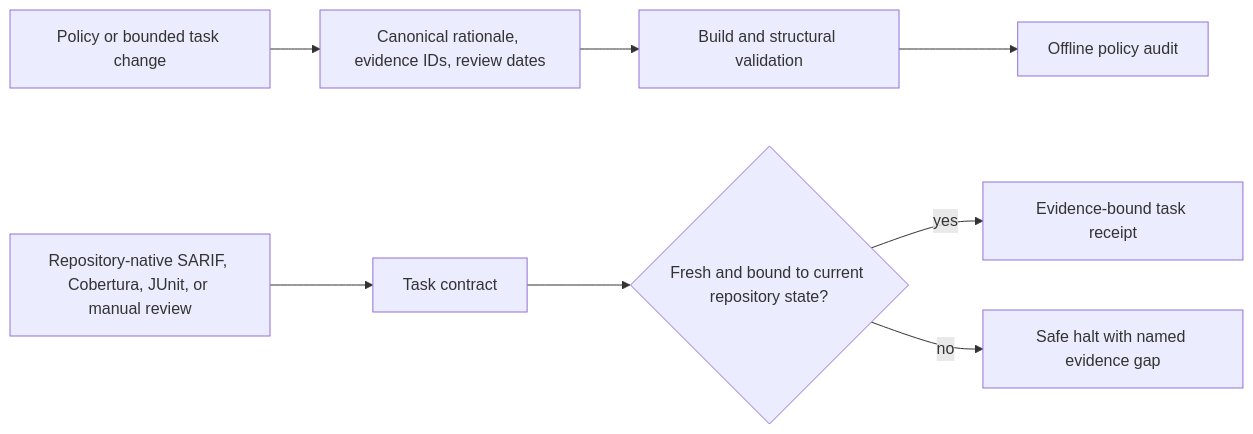
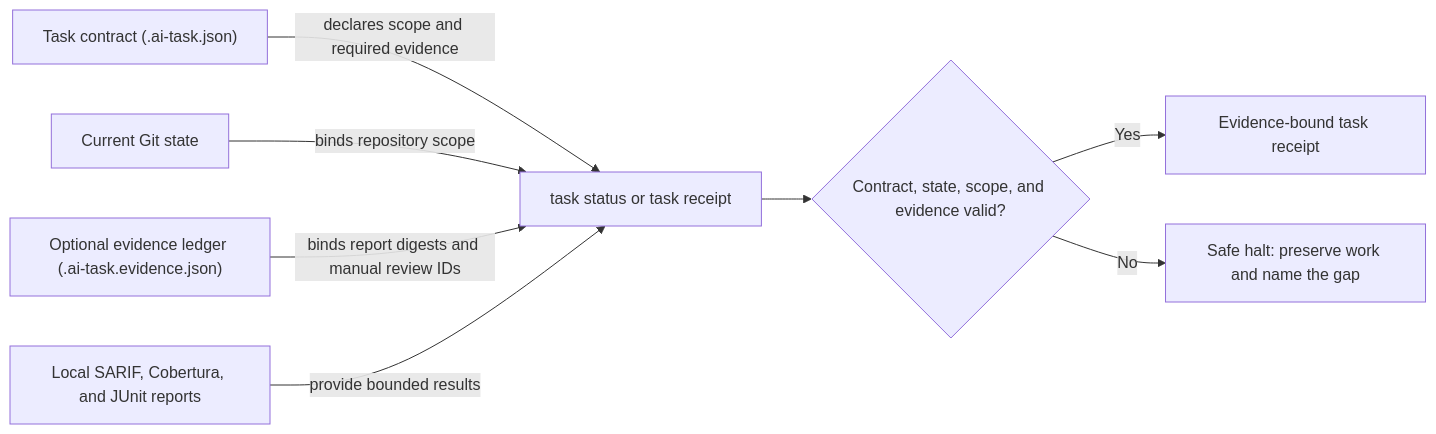
One commit to ZarrenSpryXplor/ai-engineering-guardrails changed the diagram in docs/evidence-and-assurance.md. Above: the diagram before and after it, drawn with Mermaid. The commit also changed other lines of this file and 13 other files, not shown here.

Commit message:
Apply diagramming skill to project.

````diff
--- a/docs/evidence-and-assurance.md
+++ b/docs/evidence-and-assurance.md
@@ -7,10 +9,10 @@
 ```mermaid
 flowchart LR
-  Change[Policy or bounded task change] --> Metadata[Canonical rationale, evidence IDs, review dates]
-  Metadata --> Validate[Build and structural validation]
-  Validate --> Audit[Offline policy audit]
-  Reports[Repository-native SARIF, Cobertura, JUnit, or manual review] --> Contract[Task contract]
-  Contract --> Fresh{Fresh and bound to current repository state?}
-  Fresh -- yes --> Receipt[Evidence-bound task receipt]
-  Fresh -- no --> Halt[Safe halt with named evidence gap]
+  contract["Task contract (.ai-task.json)"] -->|declares scope and required evidence| evaluate["task status or task receipt"]
+  repository["Current Git state"] -->|binds repository scope| evaluate
+  ledger["Optional evidence ledger (.ai-task.evidence.json)"] -->|binds report digests and manual review IDs| evaluate
+  reports["Local SARIF, Cobertura, and JUnit reports"] -->|provide bounded results| evaluate
+  evaluate --> bound{"Contract, state, scope, and evidence valid?"}
+  bound -->|Yes| receipt["Evidence-bound task receipt"]
+  bound -->|No| halt["Safe halt: preserve work and name the gap"]
 ```
````
